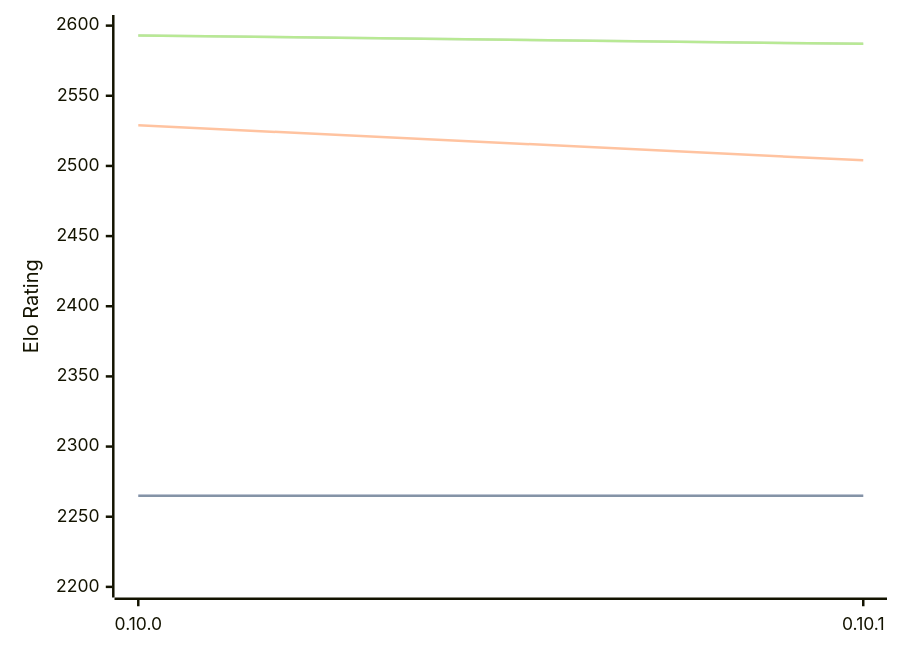
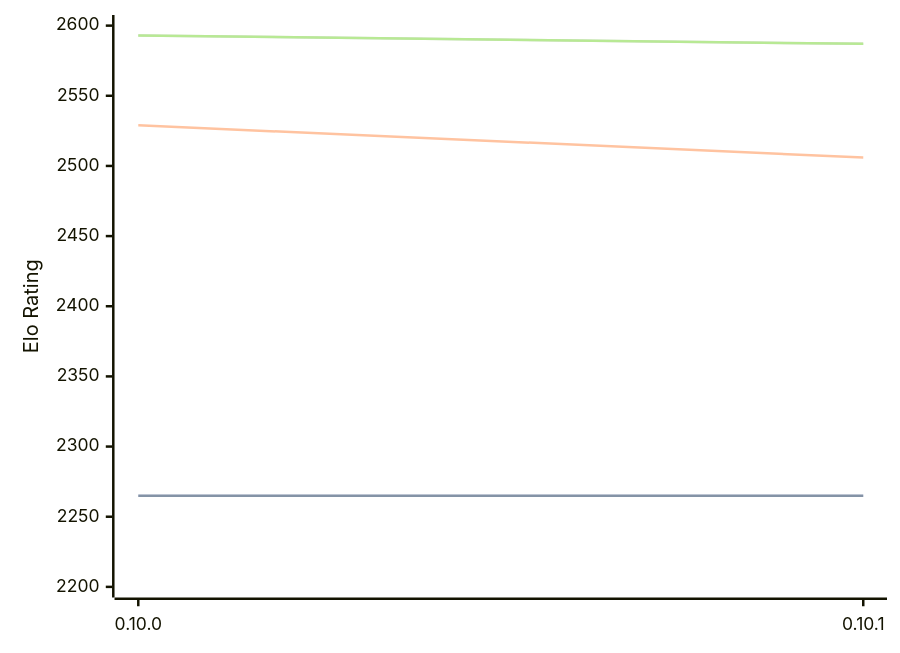
Before and after one commit to computer-chess-index/cci: the diagram in engines/Fatalii.md, drawn with Mermaid. The commit also changed other lines of this file, not shown here.

````diff
--- a/engines/Fatalii.md
+++ b/engines/Fatalii.md
@@ -32,11 +32,11 @@
 ```mermaid
 %%{init: {"theme":"base","themeVariables":{"seriesColors:['#a3a3a3','#222221','#faa371']}}}%%
 xychart-beta
   x-axis ["0.10.0", "0.10.1"]
   y-axis "Elo Rating" 2200 --> 2600
   line "STC (8.0+0.08s)" [2265, 2265]
   line "STC (8.0+0.08s)" [2265, 2265]
-  line "LTC (60.0+0.60s)" [2529, 2504]
+  line "LTC (60.0+0.60s)" [2529, 2506]
   line "VLTC (2m24s+1.12s)" [2593, 2587]
   line "VLTC (2m24s+1.12s)" [2593, 2587]
 ```
````
